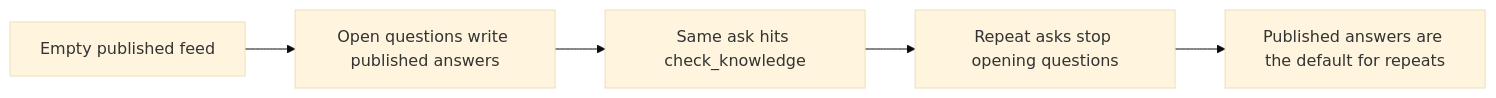
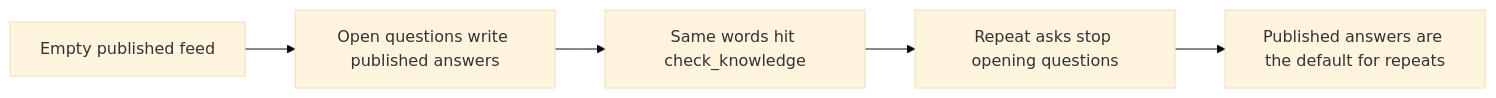
The second of 2 diagrams in WHITEPAPER.md (Thingscorp/pgeon-llm), drawn with Mermaid (base theme) before and after one commit. The commit also changed other lines of this file, not shown here.

Commit message:
Lab 2: exact hits, no leak, clock publishes, ties flag never fired

````diff
--- a/WHITEPAPER.md
+++ b/WHITEPAPER.md
@@ -124,7 +124,7 @@
 ```mermaid
 flowchart LR
   Z[Empty published feed] --> Q[Open questions write published answers]
-  Q --> K[Same ask hits check_knowledge]
+  Q --> K[Same words hit check_knowledge]
   K --> F[Repeat asks stop opening questions]
   F --> D[Published answers are the default for repeats]
 ```
````
